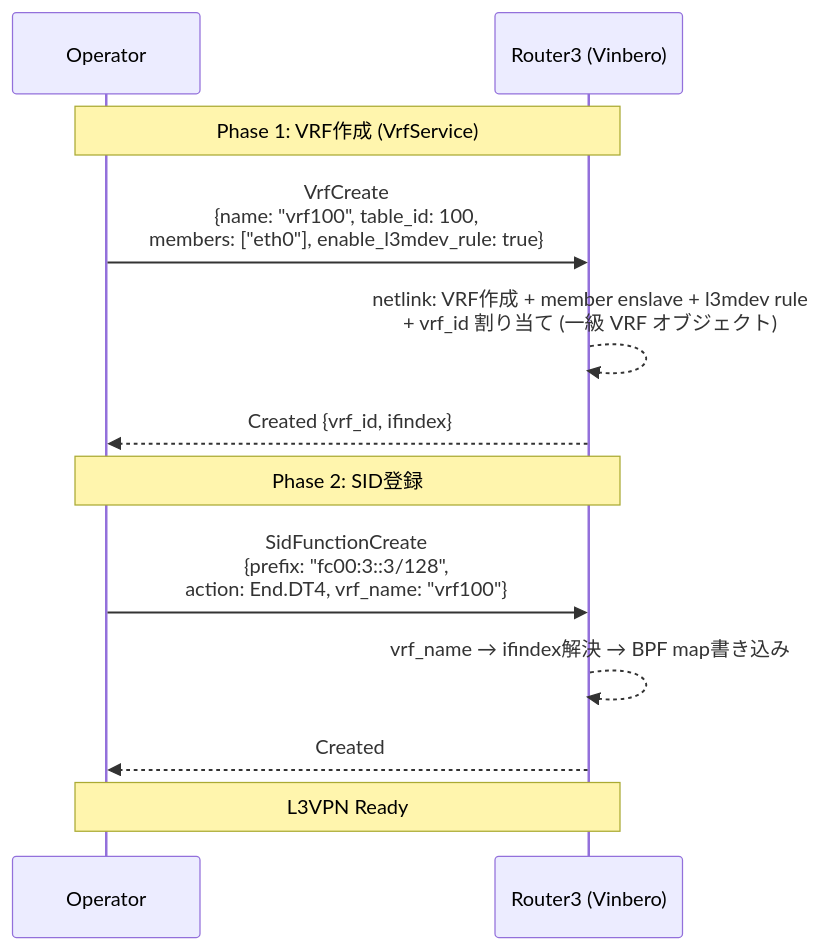
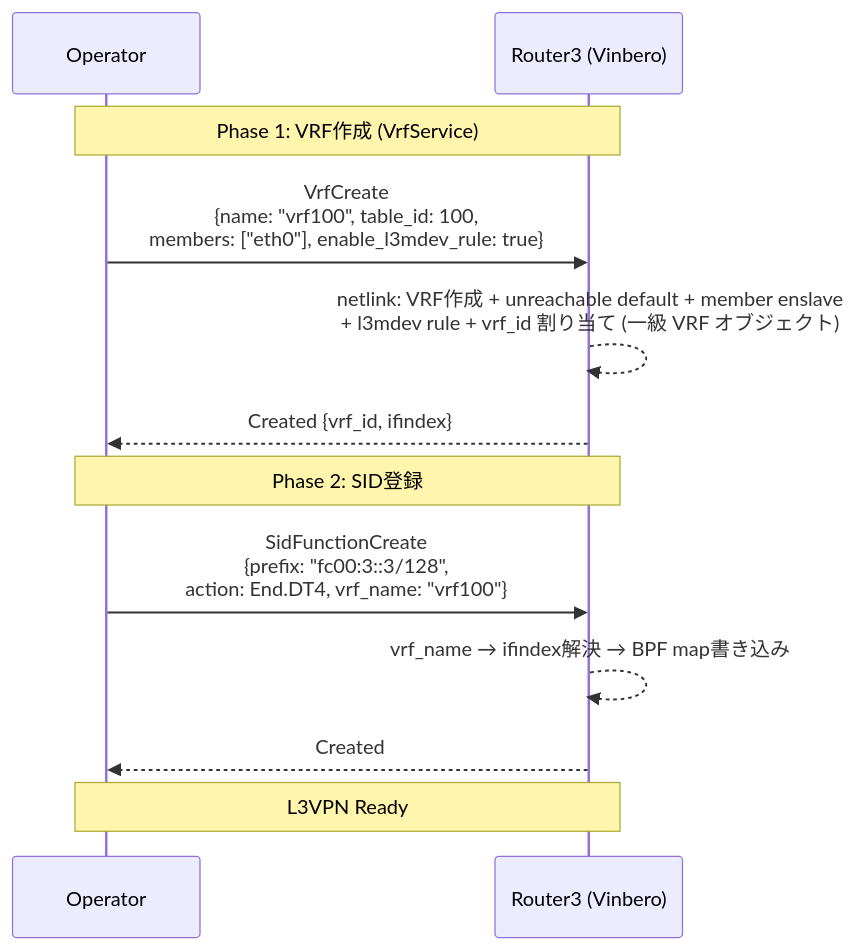
The third of 22 diagrams in docs/design/ja/api_sequence.md (takehaya/Vinbero), drawn with Mermaid before and after one commit. The commit also changed 26 other files, not shown here.

````diff
--- a/docs/design/ja/api_sequence.md
+++ b/docs/design/ja/api_sequence.md
@@ -113,19 +113,19 @@
 ```mermaid
 sequenceDiagram
     participant Op as Operator
     participant R3 as Router3 (Vinbero)
 
     Note over Op,R3: Phase 1: VRF作成 (VrfService)
 
     Op->>R3: VrfCreate<br/>{name: "vrf100", table_id: 100,<br/>members: ["eth0"], enable_l3mdev_rule: true}
-    R3-->>R3: netlink: VRF作成 + member enslave + l3mdev rule<br/>+ vrf_id 割り当て (一級 VRF オブジェクト)
+    R3-->>R3: netlink: VRF作成 + unreachable default + member enslave<br/>+ l3mdev rule + vrf_id 割り当て (一級 VRF オブジェクト)
     R3-->>Op: Created {vrf_id, ifindex}
 
     Note over Op,R3: Phase 2: SID登録
 
     Op->>R3: SidFunctionCreate<br/>{prefix: "fc00:3::3/128",<br/>action: End.DT4, vrf_name: "vrf100"}
     R3-->>R3: vrf_name → ifindex解決 → BPF map書き込み
     R3-->>Op: Created
 
     Note over Op,R3: L3VPN Ready
 ```
````
